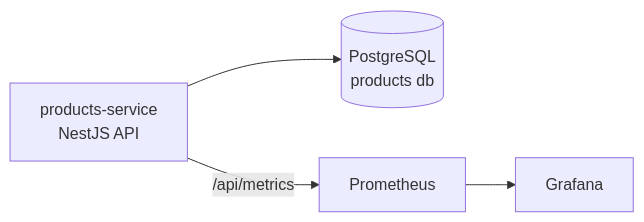
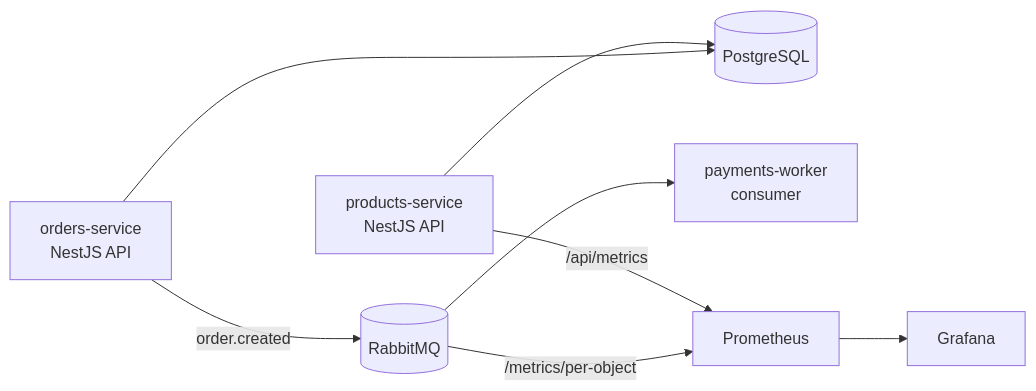
The diagram in ARCHITECTURE.md (maicoqb/estudo-kubernets), drawn with Mermaid before and after one commit. The commit also changed other lines of this file and 7 other files, not shown here.

````diff
--- a/ARCHITECTURE.md
+++ b/ARCHITECTURE.md
@@ -3,6 +3,10 @@
 ```mermaid
 graph LR
-  products-service[products-service<br>NestJS API] --> PostgreSQL[(PostgreSQL<br>products db)]
+  products-service[products-service<br>NestJS API] --> PostgreSQL[(PostgreSQL)]
+  orders-service[orders-service<br>NestJS API] --> PostgreSQL
+  orders-service -->|order.created| RabbitMQ[(RabbitMQ)]
+  RabbitMQ --> payments-worker[payments-worker<br>consumer]
   products-service -- /api/metrics --> Prometheus
+  RabbitMQ -- /metrics/per-object --> Prometheus
   Prometheus --> Grafana
 ```
````
